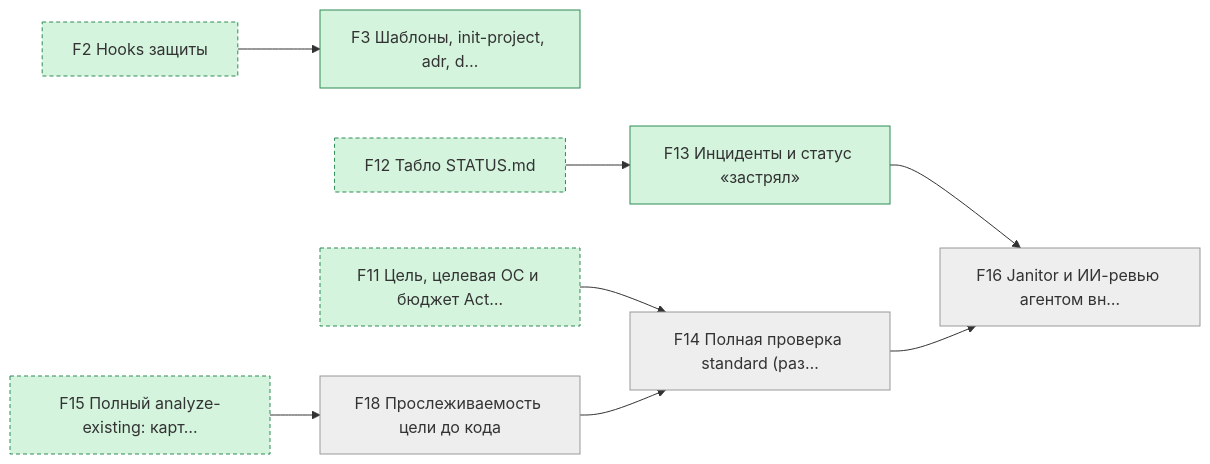
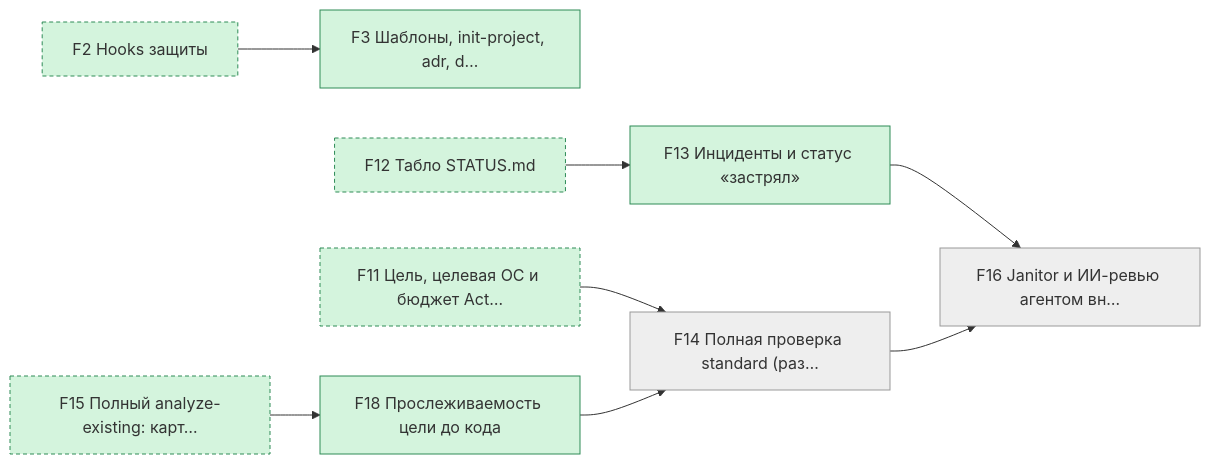
The sixth of 6 diagrams in state/STATUS.md (pete-doc/project-architect), drawn with Mermaid before and after one commit. The commit also changed other lines of this file and 2 other files, not shown here.

````diff
--- a/state/STATUS.md
+++ b/state/STATUS.md
@@ -153,27 +153,27 @@
 ```mermaid
 graph LR
   F3["F3 Шаблоны, init-project, adr, d…"]
   F13["F13 Инциденты и статус «застрял»"]
   F14["F14 Полная проверка standard (раз…"]
   F16["F16 Janitor и ИИ-ревью агентом вн…"]
   F18["F18 Прослеживаемость цели до кода"]
   F2["F2 Hooks защиты"]
   F12["F12 Табло STATUS.md"]
   F11["F11 Цель, целевая ОС и бюджет Act…"]
   F15["F15 Полный analyze-existing: карт…"]
   F2 --> F3
   F12 --> F13
   F11 --> F14
   F18 --> F14
   F13 --> F16
   F14 --> F16
   F15 --> F18
   classDef done fill:#d4f4dd,stroke:#2e8b57
   classDef work fill:#fff3c4,stroke:#c79100
   classDef blocked fill:#ffd6d6,stroke:#c0392b
   classDef later fill:#eeeeee,stroke:#999999
   classDef outside stroke-dasharray: 4 3
-  class F3,F13,F2,F12,F11,F15 done
-  class F14,F16,F18 later
+  class F3,F13,F18,F2,F12,F11,F15 done
+  class F14,F16 later
   class F2,F12,F11,F15 outside
 ```
````
